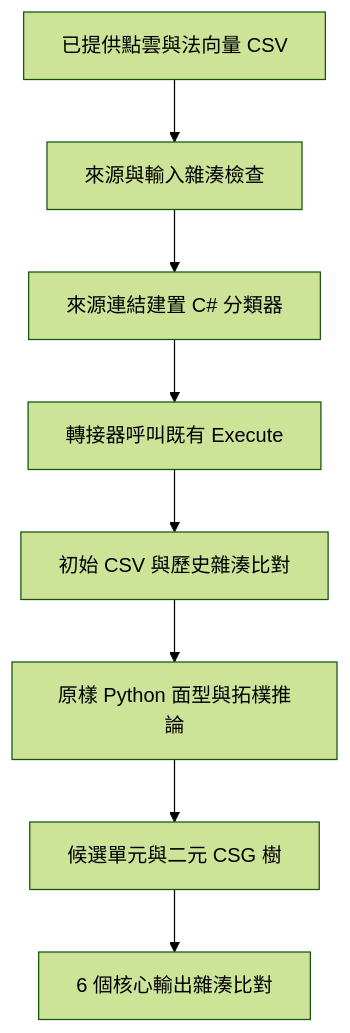
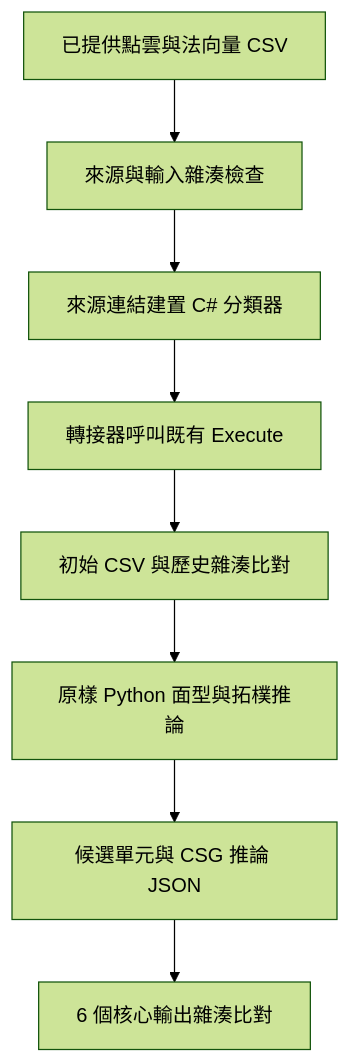
Before and after one commit to YunXi503/point-cloud-csg-reconstruction: the diagram in docs/architecture.md, drawn with Mermaid (forest theme). The commit also changed other lines of this file and 11 other files, not shown here.

````diff
--- a/docs/architecture.md
+++ b/docs/architecture.md
@@ -5,10 +5,10 @@
 ```mermaid
 flowchart TD
     P[已提供點雲與法向量 CSV] --> G[來源與輸入雜湊檢查]
     G --> C[來源連結建置 C# 分類器]
     C --> A[轉接器呼叫既有 Execute]
     A --> S[初始 CSV 與歷史雜湊比對]
     S --> I[原樣 Python 面型與拓樸推論]
-    I --> O[候選單元與二元 CSG 樹]
+    I --> O[候選單元與 CSG 推論 JSON]
     O --> V[6 個核心輸出雜湊比對]
 ```
````
